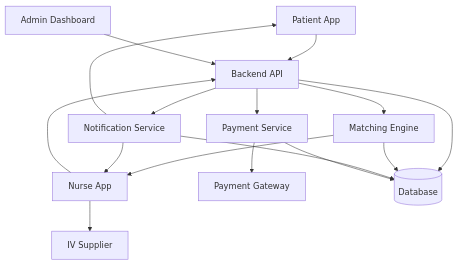
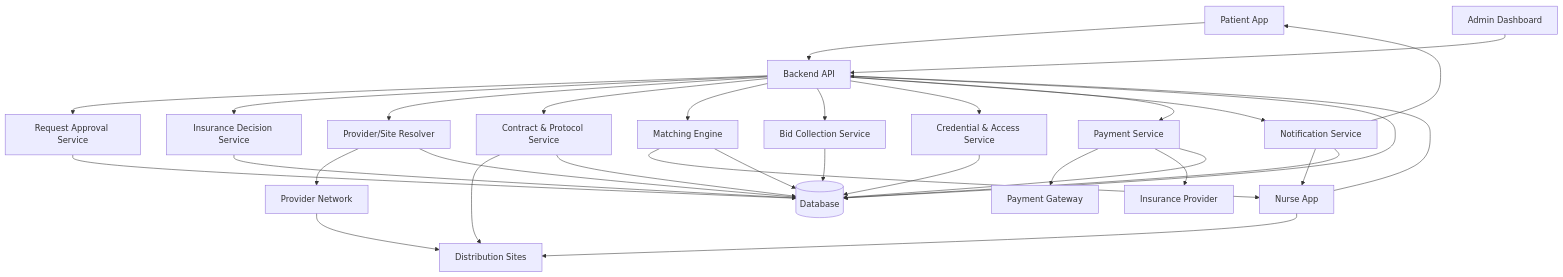
The third of 6 diagrams in documents/models/system-architecture.md (urishani/superbill-processor), drawn with Mermaid before and after one commit. The commit also changed other lines of this file, not shown here.

````diff
--- a/documents/models/system-architecture.md
+++ b/documents/models/system-architecture.md
@@ -88,43 +124,70 @@
 ```mermaid
     flowchart TB
 
     %% Frontend
     PatientApp[Patient App]
     NurseApp[Nurse App]
     AdminApp[Admin Dashboard]
 
     %% Core Backend
     API[Backend API]
     Match[Matching Engine]
     Notify[Notification Service]
     PaymentService[Payment Service]
 
+    %% Domain Services
+    ApprovalService[Request Approval Service]
+    InsuranceService[Insurance Decision Service]
+    ContractService[Contract & Protocol Service]
+    SupplyResolver[Provider/Site Resolver]
+    BidService[Bid Collection Service]
+    AccessService[Credential & Access Service]
+
     %% External Systems
     PaymentGateway[Payment Gateway]
-    Pharmacy[IV Supplier]
+    InsuranceProvider[Insurance Provider]
+    ProviderNetwork[Provider Network]
+    DistributionSites[Distribution Sites]
 
     %% Data Layer
     DB[(Database)]
 
     %% Connections
     PatientApp --> API
     NurseApp --> API
     AdminApp --> API
 
+    API --> ApprovalService
+    API --> InsuranceService
+    API --> SupplyResolver
+    API --> ContractService
     API --> Match
+    API --> BidService
+    API --> AccessService
     Match --> NurseApp
 
     API --> Notify
     Notify --> PatientApp
     Notify --> NurseApp
 
     API --> PaymentService
     PaymentService --> PaymentGateway
+    PaymentService --> InsuranceProvider
 
-    NurseApp --> Pharmacy
+    SupplyResolver --> ProviderNetwork
+    ProviderNetwork --> DistributionSites
+    ContractService --> DistributionSites
+
+    NurseApp --> DistributionSites
 
     API --> DB
     Match --> DB
     Notify --> DB
     PaymentService --> DB
+    ApprovalService --> DB
+    InsuranceService --> DB
+    ContractService --> DB
+    SupplyResolver --> DB
+    BidService --> DB
+    AccessService --> DB
 ```
````
